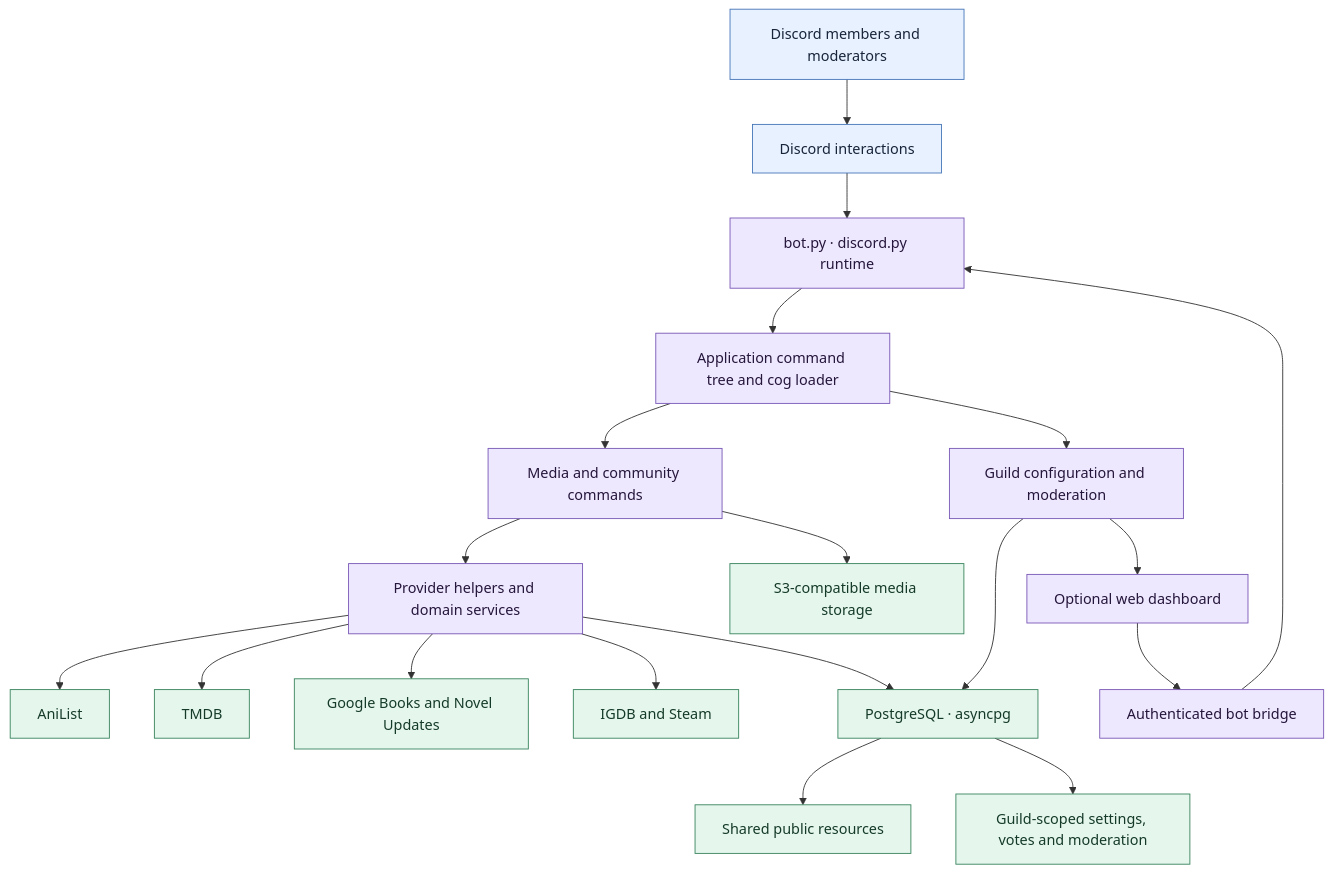
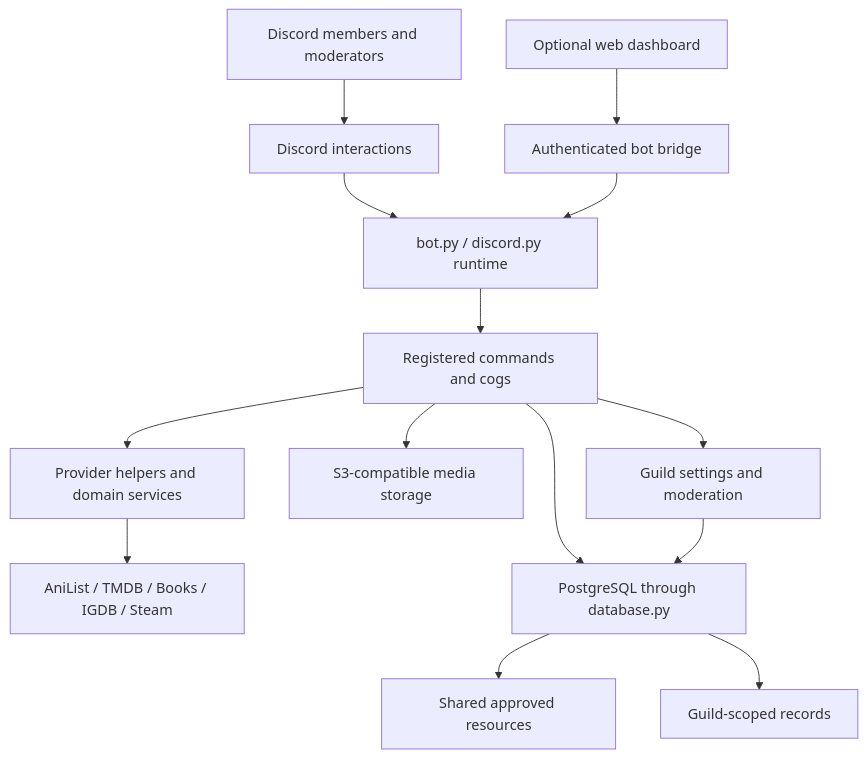
One commit to Kyerstorm/Lemegeton changed the first of 9 diagrams in README.md. Above: the diagram before and after it, drawn with Mermaid. The commit also changed other lines of this file, not shown here.

Commit message:
Repair README architecture and Mermaid diagrams

````diff
--- a/README.md
+++ b/README.md
@@ -112,27 +112,16 @@
-~~~mermaid
+```mermaid
 flowchart TB
-    MEMBER["Discord members and moderators"] --> DISCORD["Discord interactions"]
-    DISCORD --> BOT["bot.py · discord.py runtime"]
-    BOT --> TREE["Application command tree and cog loader"]
-    TREE --> COMMANDS["Media and community commands"]
-    TREE --> ADMIN["Guild configuration and moderation"]
-    COMMANDS --> SERVICES["Provider helpers and domain services"]
-    SERVICES --> ANILIST["AniList"]
-    SERVICES --> TMDB["TMDB"]
-    SERVICES --> BOOKS["Google Books and Novel Updates"]
-    SERVICES --> GAMES["IGDB and Steam"]
-    SERVICES --> DB["PostgreSQL · asyncpg"]
-    COMMANDS --> STORAGE["S3-compatible media storage"]
-    ADMIN --> DB
-    ADMIN --> DASH["Optional web dashboard"]
-    DASH --> BRIDGE["Authenticated bot bridge"]
-    BRIDGE --> BOT
-    DB --> SHARED["Shared public resources"]
-    DB --> GUILD["Guild-scoped settings, votes and moderation"]
-    classDef surface fill:#e8f1ff,stroke:#4676b8,color:#17243a
-    classDef core fill:#eee8ff,stroke:#7857b5,color:#25163b
-    classDef data fill:#e5f6ed,stroke:#39845d,color:#153b28
-    class MEMBER,DISCORD surface
-    class BOT,TREE,COMMANDS,ADMIN,SERVICES,DASH,BRIDGE core
-    class ANILIST,TMDB,BOOKS,GAMES,DB,STORAGE,SHARED,GUILD data
-~~~
+    Members["Discord members and moderators"] --> Discord["Discord interactions"]
+    Discord --> Bot["bot.py / discord.py runtime"]
+    Bot --> Commands["Registered commands and cogs"]
+    Commands --> Providers["Provider helpers and domain services"]
+    Providers --> Sources["AniList / TMDB / Books / IGDB / Steam"]
+    Commands --> Database["PostgreSQL through database.py"]
+    Commands --> Storage["S3-compatible media storage"]
+    Commands --> GuildSettings["Guild settings and moderation"]
+    GuildSettings --> Database
+    Dashboard["Optional web dashboard"] --> Bridge["Authenticated bot bridge"]
+    Bridge --> Bot
+    Database --> Shared["Shared approved resources"]
+    Database --> GuildRecords["Guild-scoped records"]
+```
````
